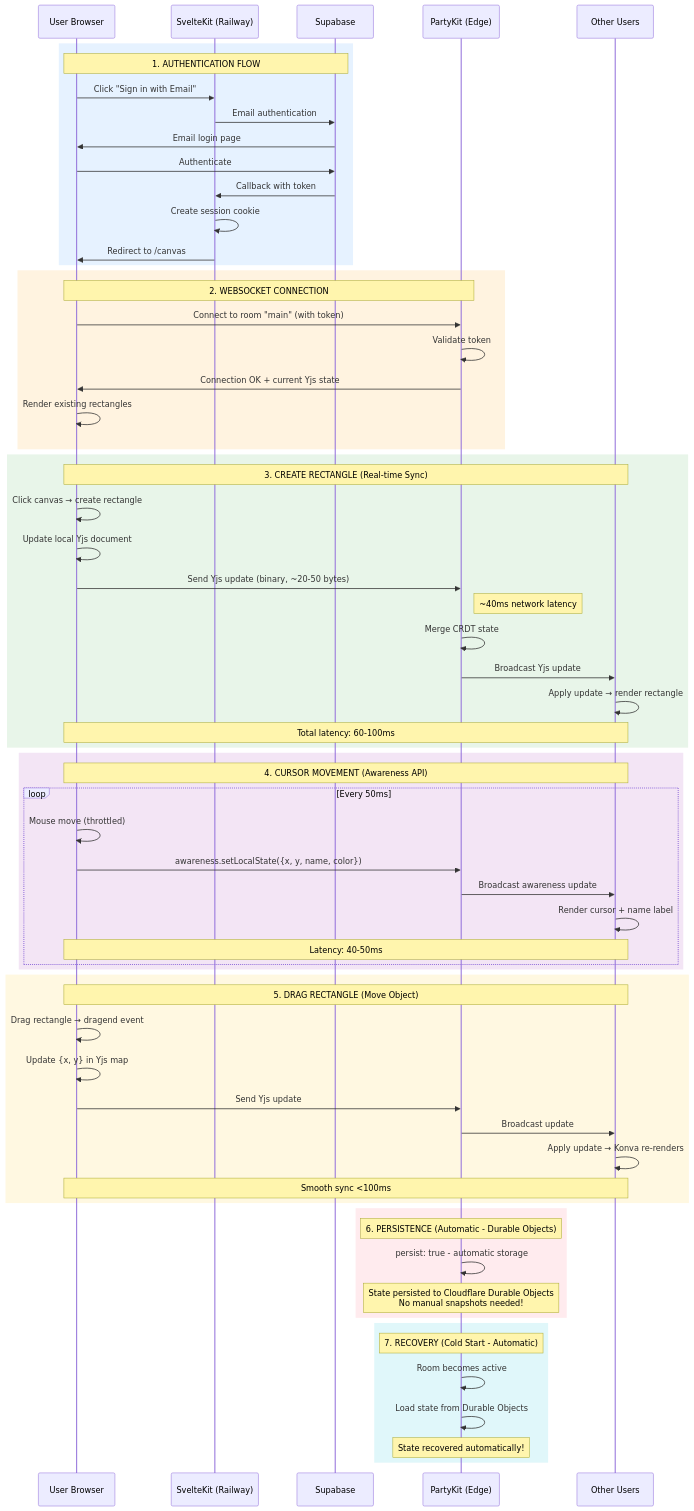
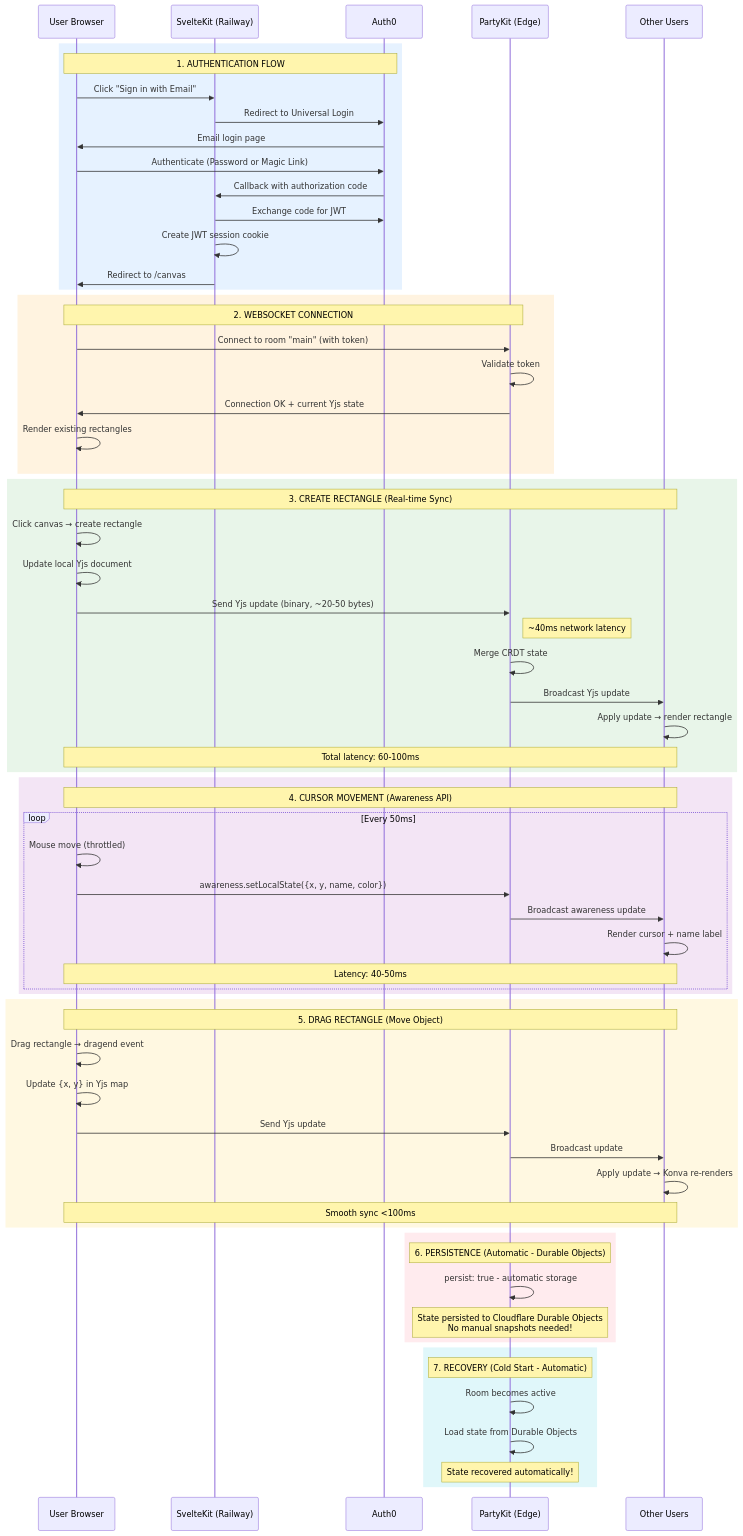
Before and after one commit to ppiont/collab-canvas: the diagram in project-management/userflows.md, drawn with Mermaid. The commit also changed 4 other files, not shown here.

First line of the commit message:
docs: fix authentication references from Supabase to Auth0

````diff
--- a/project-management/userflows.md
+++ b/project-management/userflows.md
@@ -1,80 +1,81 @@
 ```mermaid
 sequenceDiagram
     participant User as User Browser
     participant Railway as SvelteKit (Railway)
-    participant Supabase
+    participant Auth0
     participant PartyKit as PartyKit (Edge)
     participant User2 as Other Users
 
     %% Authentication
     rect rgb(230, 242, 255)
-    Note over User,Supabase: 1. AUTHENTICATION FLOW
+    Note over User,Auth0: 1. AUTHENTICATION FLOW
     User->>Railway: Click "Sign in with Email"
-    Railway->>Supabase: Email authentication
-    Supabase->>User: Email login page
-    User->>Supabase: Authenticate
-    Supabase->>Railway: Callback with token
-    Railway->>Railway: Create session cookie
+    Railway->>Auth0: Redirect to Universal Login
+    Auth0->>User: Email login page
+    User->>Auth0: Authenticate (Password or Magic Link)
+    Auth0->>Railway: Callback with authorization code
+    Railway->>Auth0: Exchange code for JWT
+    Railway->>Railway: Create JWT session cookie
     Railway->>User: Redirect to /canvas
     end
 
     %% WebSocket Connection
     rect rgb(255, 243, 224)
     Note over User,PartyKit: 2. WEBSOCKET CONNECTION
     User->>PartyKit: Connect to room "main" (with token)
     PartyKit->>PartyKit: Validate token
     PartyKit->>User: Connection OK + current Yjs state
     User->>User: Render existing rectangles
     end
 
     %% Create Rectangle
     rect rgb(232, 245, 233)
     Note over User,User2: 3. CREATE RECTANGLE (Real-time Sync)
     User->>User: Click canvas → create rectangle
     User->>User: Update local Yjs document
     User->>PartyKit: Send Yjs update (binary, ~20-50 bytes)
     Note right of PartyKit: ~40ms network latency
     PartyKit->>PartyKit: Merge CRDT state
     PartyKit->>User2: Broadcast Yjs update
     User2->>User2: Apply update → render rectangle
     Note over User,User2: Total latency: 60-100ms
     end
 
     %% Cursor Movement
     rect rgb(243, 229, 245)
     Note over User,User2: 4. CURSOR MOVEMENT (Awareness API)
     loop Every 50ms
         User->>User: Mouse move (throttled)
         User->>PartyKit: awareness.setLocalState({x, y, name, color})
         PartyKit->>User2: Broadcast awareness update
         User2->>User2: Render cursor + name label
         Note over User,User2: Latency: 40-50ms
     end
     end
 
     %% Drag Rectangle
     rect rgb(255, 248, 225)
     Note over User,User2: 5. DRAG RECTANGLE (Move Object)
     User->>User: Drag rectangle → dragend event
     User->>User: Update {x, y} in Yjs map
     User->>PartyKit: Send Yjs update
     PartyKit->>User2: Broadcast update
     User2->>User2: Apply update → Konva re-renders
     Note over User,User2: Smooth sync <100ms
     end
 
     %% Persistence (Automatic via Durable Objects)
     rect rgb(255, 235, 238)
     Note over PartyKit: 6. PERSISTENCE (Automatic - Durable Objects)
     PartyKit->>PartyKit: persist: true - automatic storage
     Note over PartyKit: State persisted to Cloudflare Durable Objects<br/>No manual snapshots needed!
     end
 
     %% Cold Start Recovery
     rect rgb(224, 247, 250)
     Note over PartyKit: 7. RECOVERY (Cold Start - Automatic)
     PartyKit->>PartyKit: Room becomes active
     PartyKit->>PartyKit: Load state from Durable Objects
     Note over PartyKit: State recovered automatically!
     end
 ```
````
